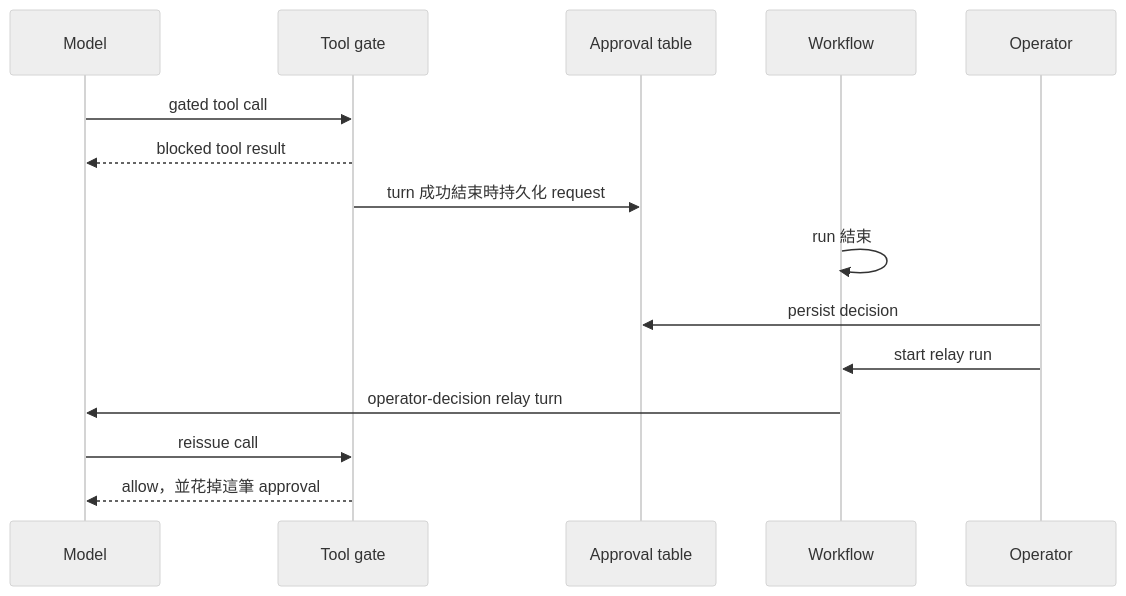
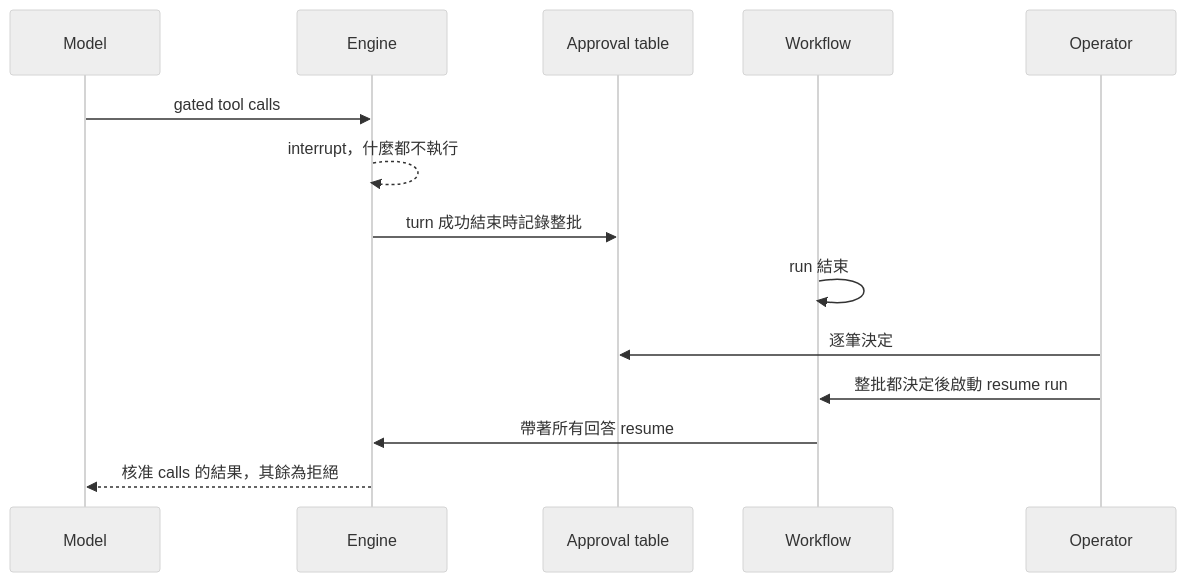
Before and after one commit to Chia1104/chia1104.dev: the third of 3 diagrams in docs/agent-architecture.zh.md, drawn with Mermaid (neutral theme). The commit also changed other lines of this file and 3 other files, not shown here.

````diff
--- a/docs/agent-architecture.zh.md
+++ b/docs/agent-architecture.zh.md
@@ -193,18 +193,17 @@
 ```mermaid
 sequenceDiagram
     participant M as Model
-    participant G as Tool gate
+    participant E as Engine
     participant DB as Approval table
     participant WF as Workflow
     participant U as Operator
 
-    M->>G: gated tool call
-    G-->>M: blocked tool result
-    G->>DB: turn 成功結束時持久化 request
+    M->>E: gated tool calls
+    E-->>E: interrupt，什麼都不執行
+    E->>DB: turn 成功結束時記錄整批
     WF->>WF: run 結束
-    U->>DB: persist decision
-    U->>WF: start relay run
-    WF->>M: operator-decision relay turn
-    M->>G: reissue call
-    G-->>M: allow，並花掉這筆 approval
+    U->>DB: 逐筆決定
+    U->>WF: 整批都決定後啟動 resume run
+    WF->>E: 帶著所有回答 resume
+    E-->>M: 核准 calls 的結果，其餘為拒絕
 ```
````
